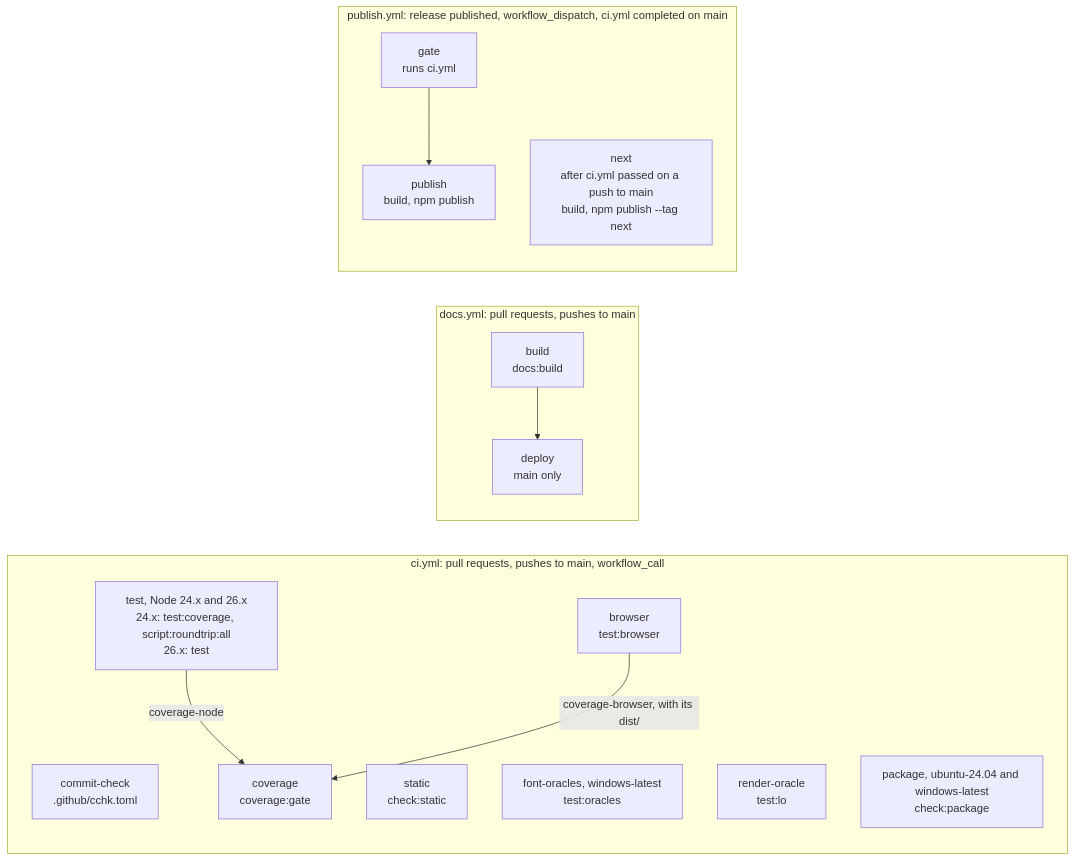
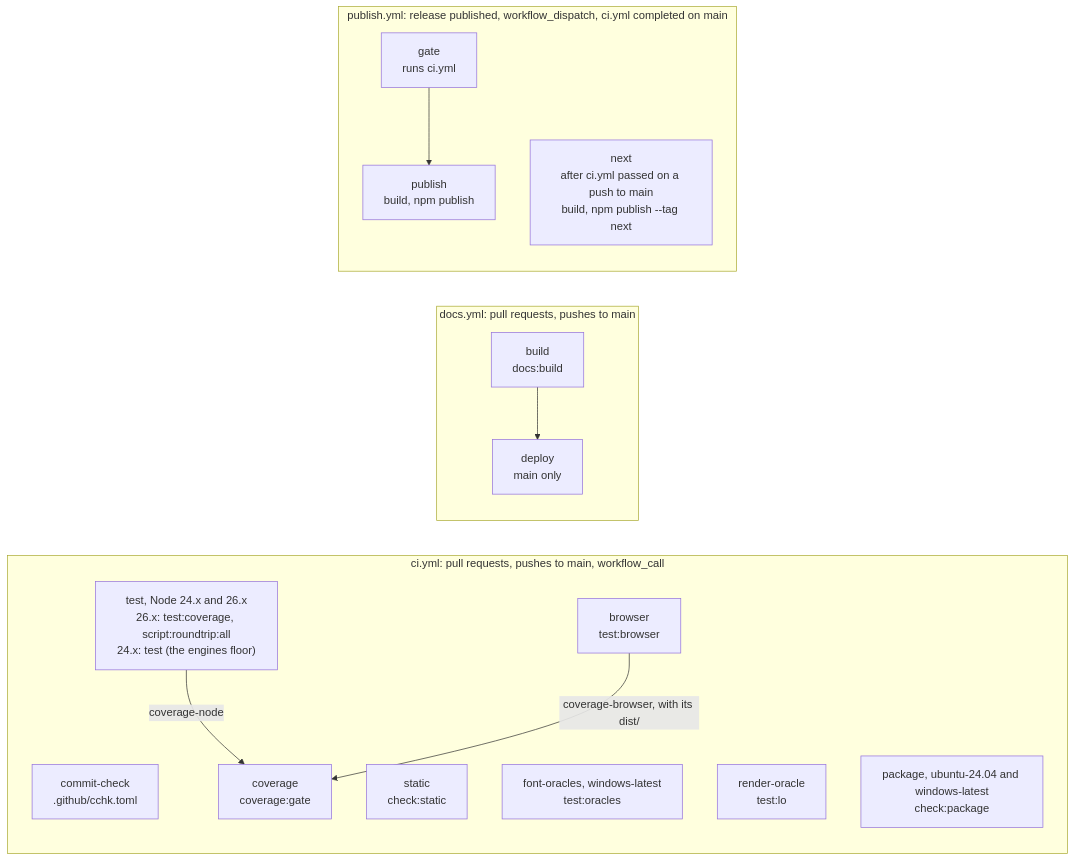
The first of 2 diagrams in docs/contributing/testing.md (shbernal/pptx-ts), drawn with Mermaid before and after one commit. The commit also changed other lines of this file and 2 other files, not shown here.

First line of the commit message:
ci: collect coverage on the Node 26 leg, matching .node-version (#343)

````diff
--- a/docs/contributing/testing.md
+++ b/docs/contributing/testing.md
@@ -125,22 +125,22 @@
 ```mermaid
 flowchart LR
   subgraph ci["ci.yml: pull requests, pushes to main, workflow_call"]
     commits["commit-check<br/>.github/cchk.toml"]
     static["static<br/>check:static"]
-    test["test, Node 24.x and 26.x<br/>24.x: test:coverage, script:roundtrip:all<br/>26.x: test"]
+    test["test, Node 24.x and 26.x<br/>26.x: test:coverage, script:roundtrip:all<br/>24.x: test (the engines floor)"]
     fonts["font-oracles, windows-latest<br/>test:oracles"]
     render["render-oracle<br/>test:lo"]
     browser["browser<br/>test:browser"]
     coverage["coverage<br/>coverage:gate"]
     package["package, ubuntu-24.04 and windows-latest<br/>check:package"]
     test -- "coverage-node" --> coverage
     browser -- "coverage-browser, with its dist/" --> coverage
   end
   subgraph docs["docs.yml: pull requests, pushes to main"]
     build["build<br/>docs:build"] --> deploy["deploy<br/>main only"]
   end
   subgraph publish["publish.yml: release published, workflow_dispatch, ci.yml completed on main"]
     gate["gate<br/>runs ci.yml"] --> pub["publish<br/>build, npm publish"]
     next["next<br/>after ci.yml passed on a push to main<br/>build, npm publish --tag next"]
   end
 ```
````
